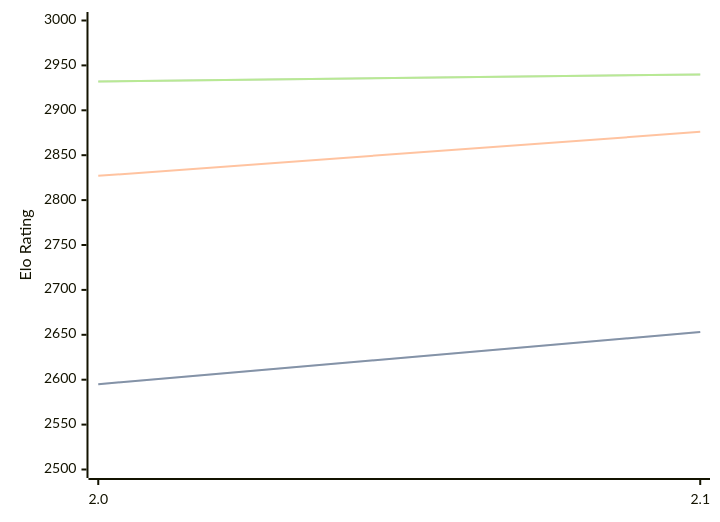
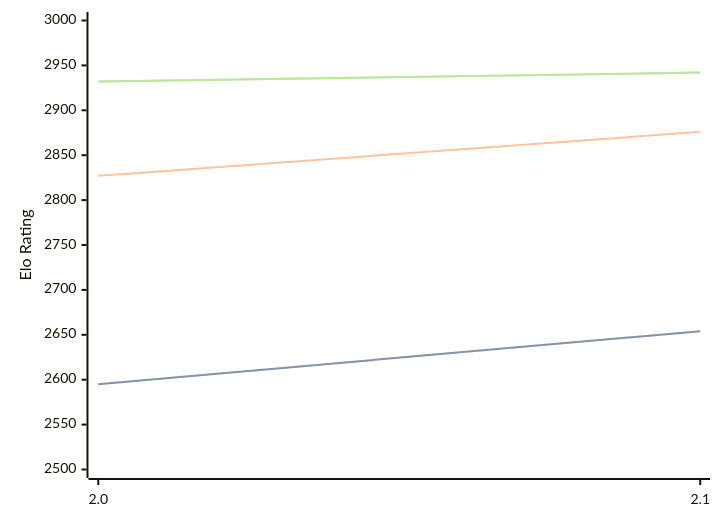
Before and after one commit to computer-chess-index/cci: the diagram in engines/Noggin.md, drawn with Mermaid. The commit also changed other lines of this file, not shown here.

Commit message:
Update CCI Ratings (ELO VLTC) - 2026-08-25

````diff
--- a/engines/Noggin.md
+++ b/engines/Noggin.md
@@ -33,11 +33,11 @@
 ```mermaid
 %%{init: {"theme":"base","themeVariables":{"seriesColors:['#a3a3a3','#222221','#faa371']}}}%%
 xychart-beta
   x-axis ["2.0", "2.1"]
   y-axis "Elo Rating" 2500 --> 3000
-  line "STC (8.0+0.08s)" [2595, 2653]
-  line "STC (8.0+0.08s)" [2595, 2653]
+  line "STC (8.0+0.08s)" [2595, 2654]
+  line "STC (8.0+0.08s)" [2595, 2654]
   line "LTC (60.0+0.60s)" [2827, 2876]
-  line "VLTC (2m24s+1.12s)" [2932, 2940]
-  line "VLTC (2m24s+1.12s)" [2932, 2940]
+  line "VLTC (2m24s+1.12s)" [2932, 2942]
+  line "VLTC (2m24s+1.12s)" [2932, 2942]
 ```
````
